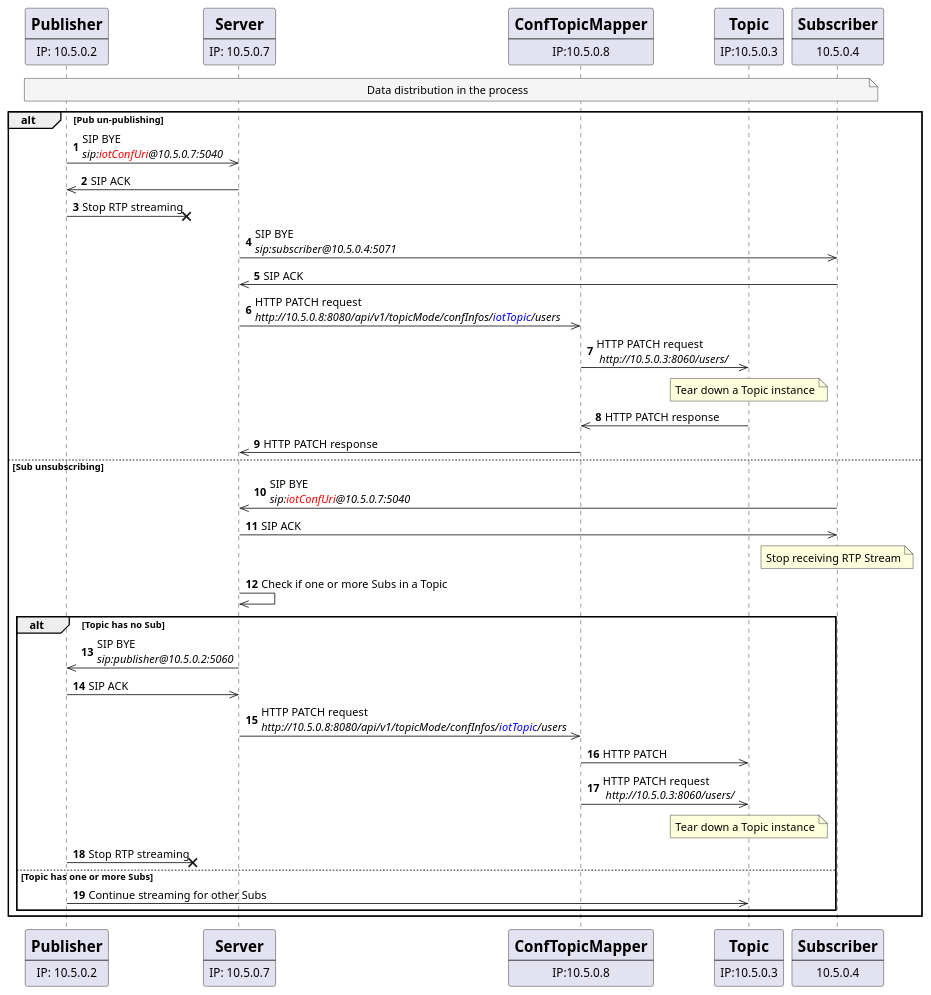
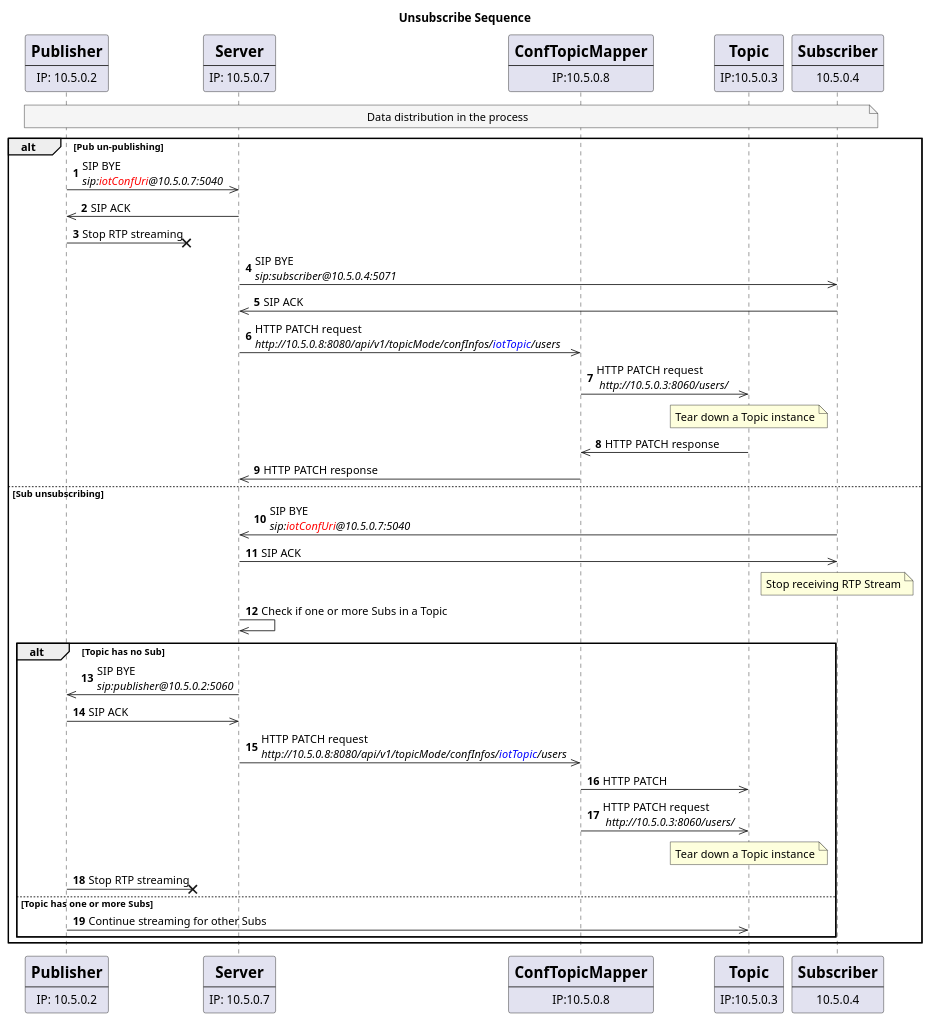
Before and after one commit to chumvan/rtppubsub: the diagram in pubsub/sequences/unsubscribe.puml, drawn with PlantUML. The commit also changed 9 other files, not shown here.

Commit message:
edit sequences

```diff
--- a/pubsub/sequences/unsubscribe.puml
+++ b/pubsub/sequences/unsubscribe.puml
@@ -1,64 +1,65 @@
 @startuml unsubscsribe
+    title Unsubscribe Sequence
     autonumber
     participant Pub [
         = Publisher
         ----
         IP: 10.5.0.2
     ]
     participant Server [
         = Server
         ----
         IP: 10.5.0.7
     ]
     participant ConfTopicMapper [
         = ConfTopicMapper
         ----
         IP:10.5.0.8
     ]
     participant Topic [
         = Topic
         ----
         IP:10.5.0.3
     ]
     participant Sub [
         = Subscriber
         ----
         10.5.0.4
     ]
 
 
     
     Note over Pub, Sub #WhiteSmoke: Data distribution in the process
 
     alt Pub un-publishing
         Pub ->> Server: SIP BYE\n<i>sip:<color:red>iotConfUri</color>@10.5.0.7:5040</i>
         Server ->> Pub: SIP ACK
         Pub ->x?: Stop RTP streaming
         Server ->> Sub: SIP BYE\n<i>sip:subscriber@10.5.0.4:5071</i>
         Sub ->> Server: SIP ACK
         Server ->> ConfTopicMapper: HTTP PATCH request\n<i>http://10.5.0.8:8080/api/v1/topicMode/confInfos/<color:blue>iotTopic</color>/users</i>
         ConfTopicMapper ->> Topic: HTTP PATCH request\n <i>http://10.5.0.3:8060/users/</i> 
         Note over Topic: Tear down a Topic instance
         Topic ->> ConfTopicMapper: HTTP PATCH response
         ConfTopicMapper ->> Server: HTTP PATCH response 
     else Sub unsubscribing
         Sub ->> Server: SIP BYE\n<i>sip:<color:red>iotConfUri</color>@10.5.0.7:5040</i>
         Server ->> Sub: SIP ACK
         
         Note over Sub: Stop receiving RTP Stream
         
         
         Server ->> Server: Check if one or more Subs in a Topic
         alt Topic has no Sub
             Server ->> Pub: SIP BYE\n<i>sip:publisher@10.5.0.2:5060</i>
             Pub ->> Server: SIP ACK
             Server ->> ConfTopicMapper: HTTP PATCH request\n<i>http://10.5.0.8:8080/api/v1/topicMode/confInfos/<color:blue>iotTopic</color>/users</i>
             ConfTopicMapper ->> Topic: HTTP PATCH
             ConfTopicMapper ->> Topic: HTTP PATCH request\n <i>http://10.5.0.3:8060/users/</i> 
             Note over Topic: Tear down a Topic instance
             Pub ->x?: Stop RTP streaming
         else Topic has one or more Subs
             Pub ->> Topic: Continue streaming for other Subs
         end
     end
 @enduml
```
